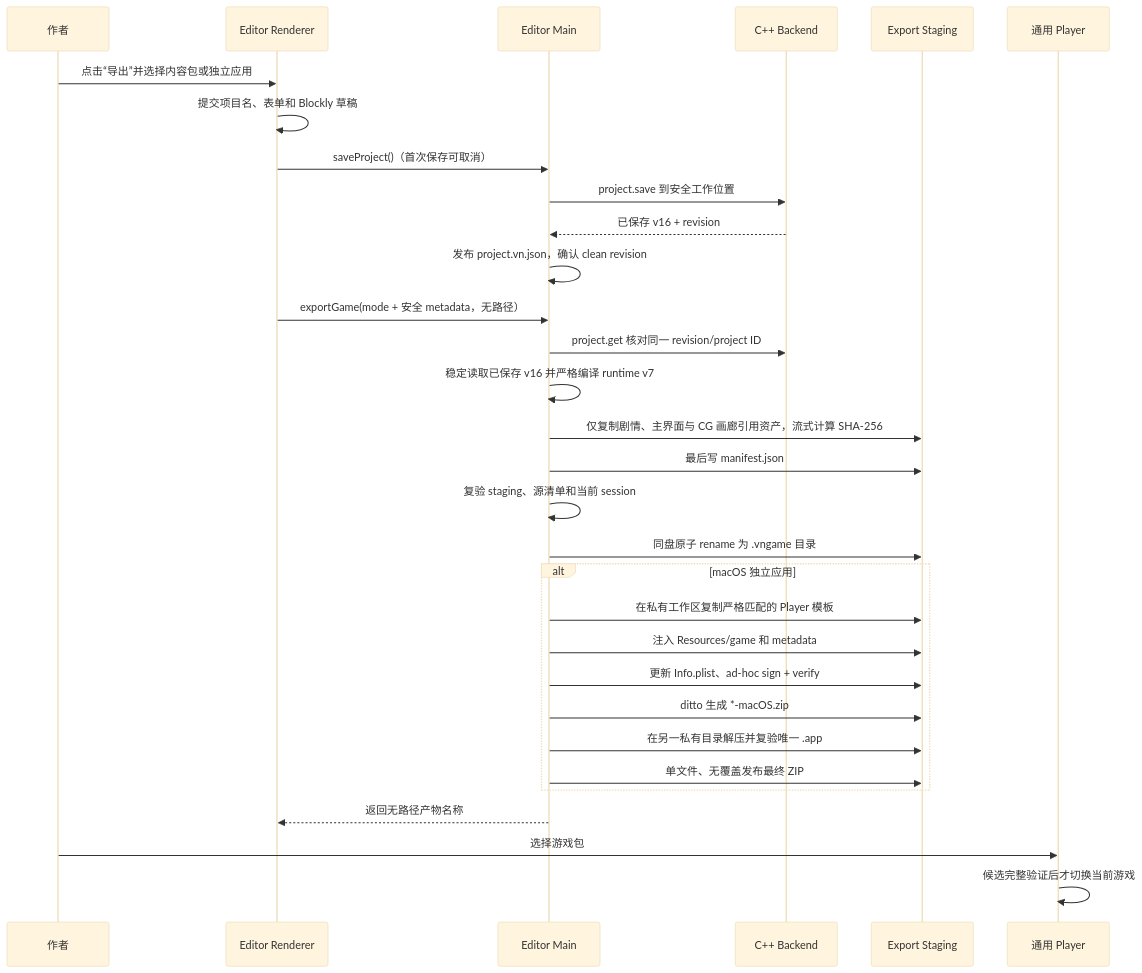
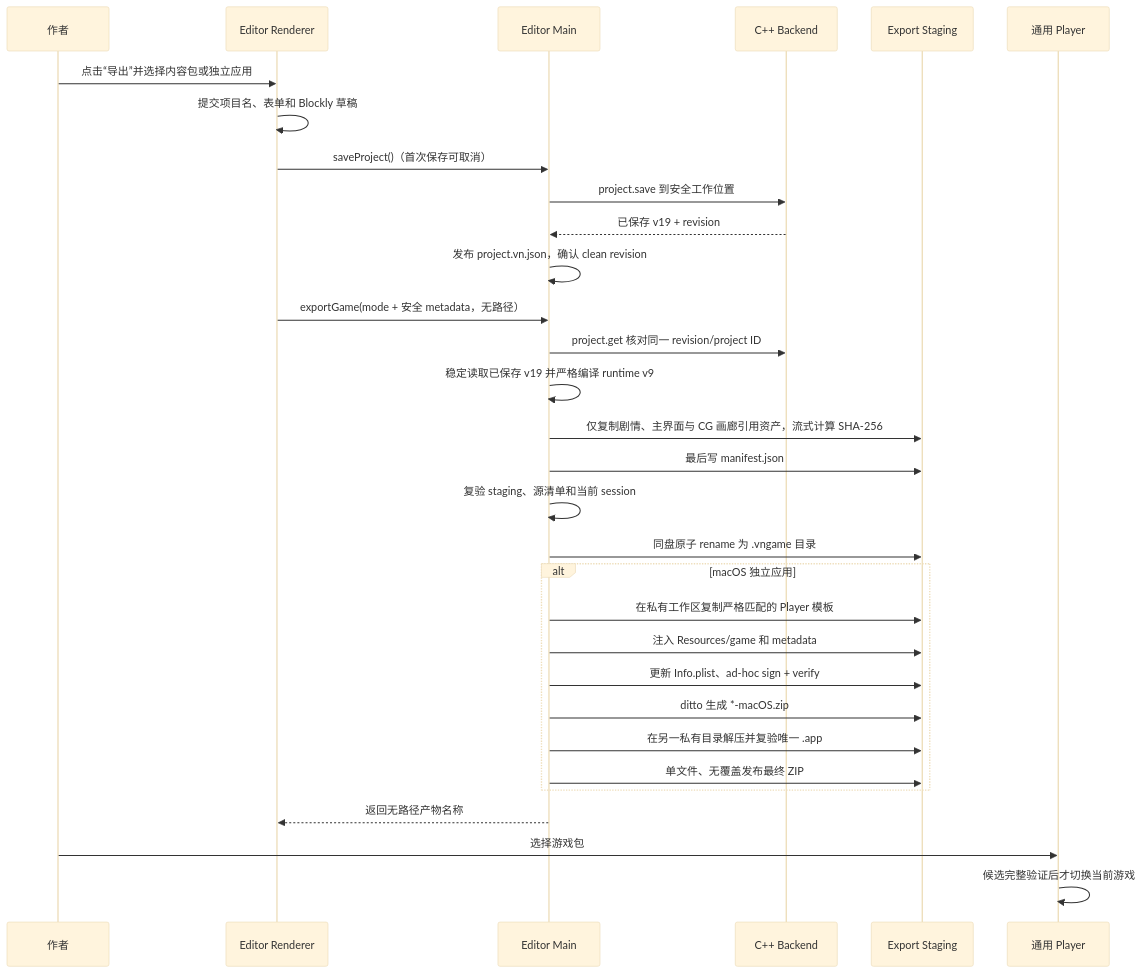
The second of 3 diagrams in docs/game-export-player.md (DarkboyRyan/Scratch-Novel-Engine), drawn with Mermaid (base theme) before and after one commit. The commit also changed other lines of this file and 532 other files, not shown here.

````diff
--- a/docs/game-export-player.md
+++ b/docs/game-export-player.md
@@ -346,34 +362,34 @@
 ```mermaid
 sequenceDiagram
   participant User as 作者
   participant UI as Editor Renderer
   participant Main as Editor Main
   participant CPP as C++ Backend
   participant Stage as Export Staging
   participant Player as 通用 Player
 
   User->>UI: 点击“导出”并选择内容包或独立应用
   UI->>UI: 提交项目名、表单和 Blockly 草稿
   UI->>Main: saveProject()（首次保存可取消）
   Main->>CPP: project.save 到安全工作位置
-  CPP-->>Main: 已保存 v16 + revision
+  CPP-->>Main: 已保存 v19 + revision
   Main->>Main: 发布 project.vn.json，确认 clean revision
   UI->>Main: exportGame(mode + 安全 metadata，无路径）
   Main->>CPP: project.get 核对同一 revision/project ID
-  Main->>Main: 稳定读取已保存 v16 并严格编译 runtime v7
+  Main->>Main: 稳定读取已保存 v19 并严格编译 runtime v9
   Main->>Stage: 仅复制剧情、主界面与 CG 画廊引用资产，流式计算 SHA-256
   Main->>Stage: 最后写 manifest.json
   Main->>Main: 复验 staging、源清单和当前 session
   Main->>Stage: 同盘原子 rename 为 .vngame 目录
   alt macOS 独立应用
     Main->>Stage: 在私有工作区复制严格匹配的 Player 模板
     Main->>Stage: 注入 Resources/game 和 metadata
     Main->>Stage: 更新 Info.plist、ad-hoc sign + verify
     Main->>Stage: ditto 生成 *-macOS.zip
     Main->>Stage: 在另一私有目录解压并复验唯一 .app
     Main->>Stage: 单文件、无覆盖发布最终 ZIP
   end
   Main-->>UI: 返回无路径产物名称
   User->>Player: 选择游戏包
   Player->>Player: 候选完整验证后才切换当前游戏
 ```
````
